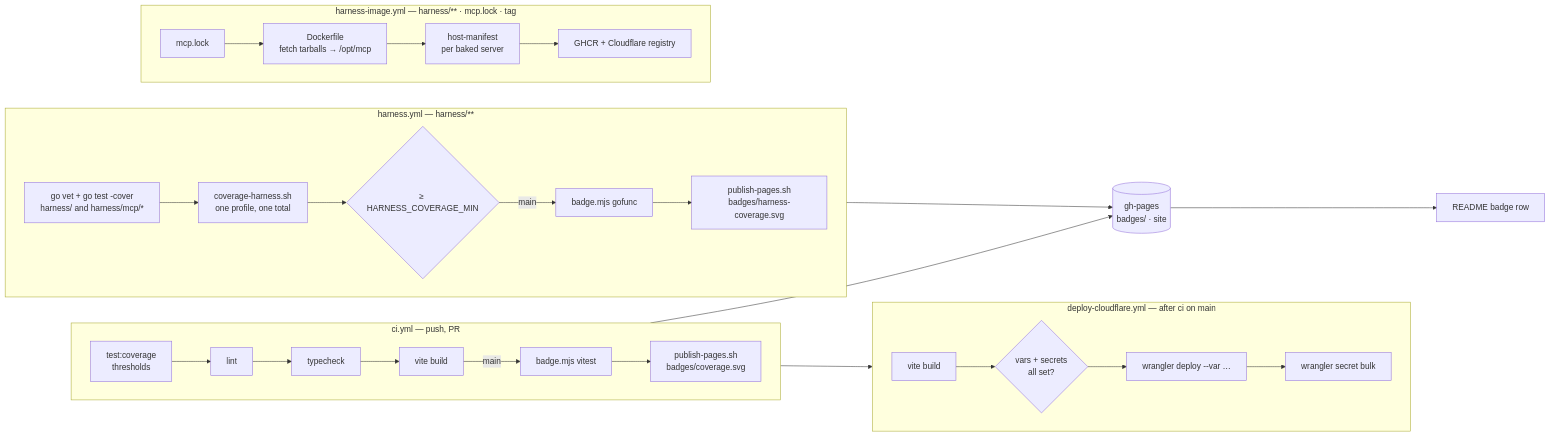
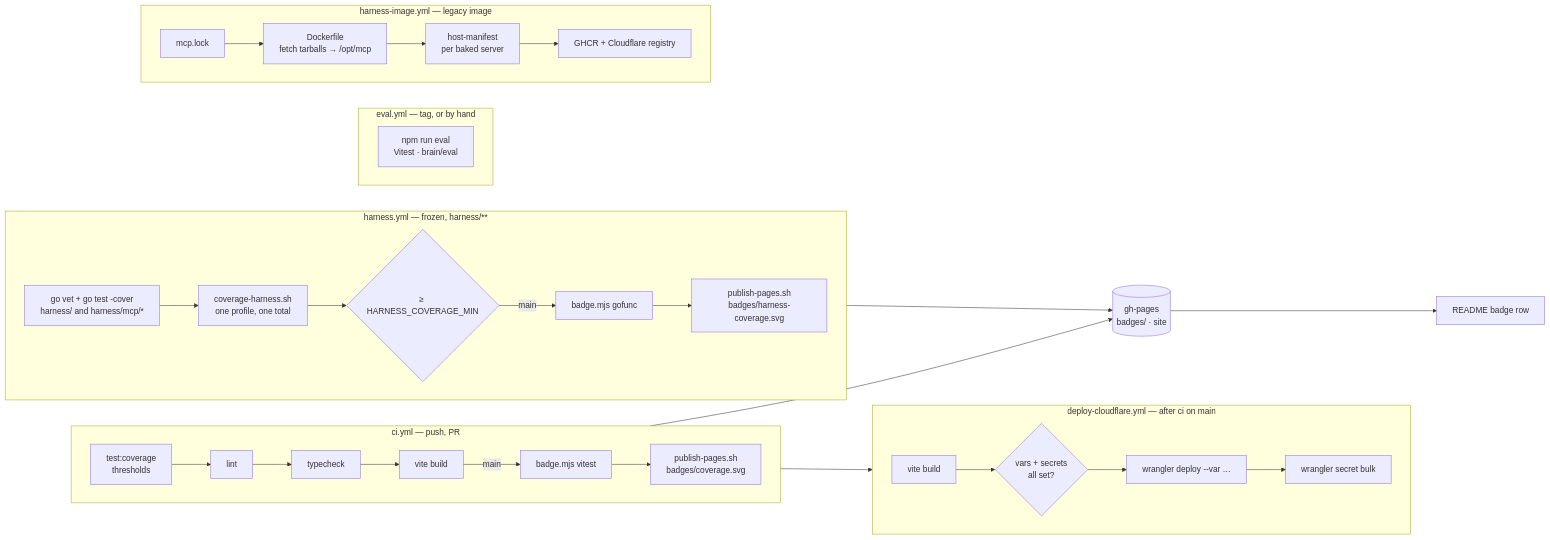
Before and after one commit to shotah/gantree2: the tenth of 14 diagrams in docs/architecture.md, drawn with Mermaid. The commit also changed other lines of this file and 1526 other files, not shown here.

````diff
--- a/docs/architecture.md
+++ b/docs/architecture.md
@@ -369,24 +382,28 @@
 ```mermaid
 flowchart LR
   subgraph ci["ci.yml — push, PR"]
     direction LR
     T[test:coverage<br/>thresholds] --> LNT[lint] --> TC[typecheck] --> BLD[vite build]
     BLD -- main --> BADGE[badge.mjs vitest] --> PUB1[publish-pages.sh<br/>badges/coverage.svg]
   end
-  subgraph hz["harness.yml — harness/**"]
+  subgraph hz["harness.yml — frozen, harness/**"]
     direction LR
     GT["go vet + go test -cover<br/>harness/ and harness/mcp/*"] --> MERGE[coverage-harness.sh<br/>one profile, one total] --> MIN{≥ HARNESS_COVERAGE_MIN}
     MIN -- main --> BADGE2[badge.mjs gofunc] --> PUB2[publish-pages.sh<br/>badges/harness-coverage.svg]
+  end
+  subgraph ev["eval.yml — tag, or by hand"]
+    direction LR
+    EV["npm run eval<br/>Vitest · brain/eval"]
   end
   subgraph dep["deploy-cloudflare.yml — after ci on main"]
     direction LR
     V[vite build] --> CHK{vars + secrets<br/>all set?} --> WD[wrangler deploy --var …] --> SB[wrangler secret bulk]
   end
-  subgraph img["harness-image.yml — harness/** · mcp.lock · tag"]
+  subgraph img["harness-image.yml — legacy image"]
     direction LR
     LOCK[mcp.lock] --> DOCK[Dockerfile<br/>fetch tarballs → /opt/mcp] --> MAN[host-manifest<br/>per baked server] --> REG[GHCR + Cloudflare registry]
   end
   ci --> dep
   PUB1 & PUB2 --> GH[("gh-pages<br/>badges/ · site")]
   GH --> README[README badge row]
 ```
````
